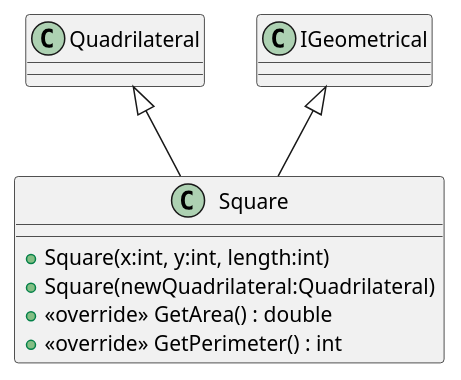
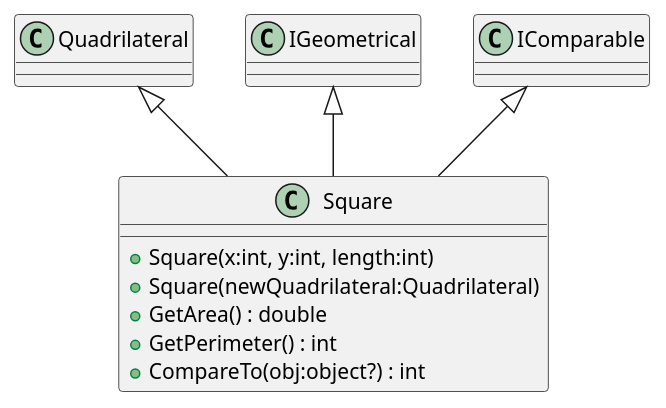
Before and after one commit to 19vano97/levelUpOOP: the diagram in plantuml/20240701_HW_Inheritence/Square.puml, drawn with PlantUML. The commit also changed 40 other files, not shown here.

```diff
--- a/plantuml/20240701_HW_Inheritence/Square.puml
+++ b/plantuml/20240701_HW_Inheritence/Square.puml
@@ -1,10 +1,12 @@
 @startuml
 class Square {
     + Square(x:int, y:int, length:int)
     + Square(newQuadrilateral:Quadrilateral)
-    + <<override>> GetArea() : double
-    + <<override>> GetPerimeter() : int
+    + GetArea() : double
+    + GetPerimeter() : int
+    + CompareTo(obj:object?) : int
 }
 Quadrilateral <|-- Square
 IGeometrical <|-- Square
+IComparable <|-- Square
 @enduml
```
